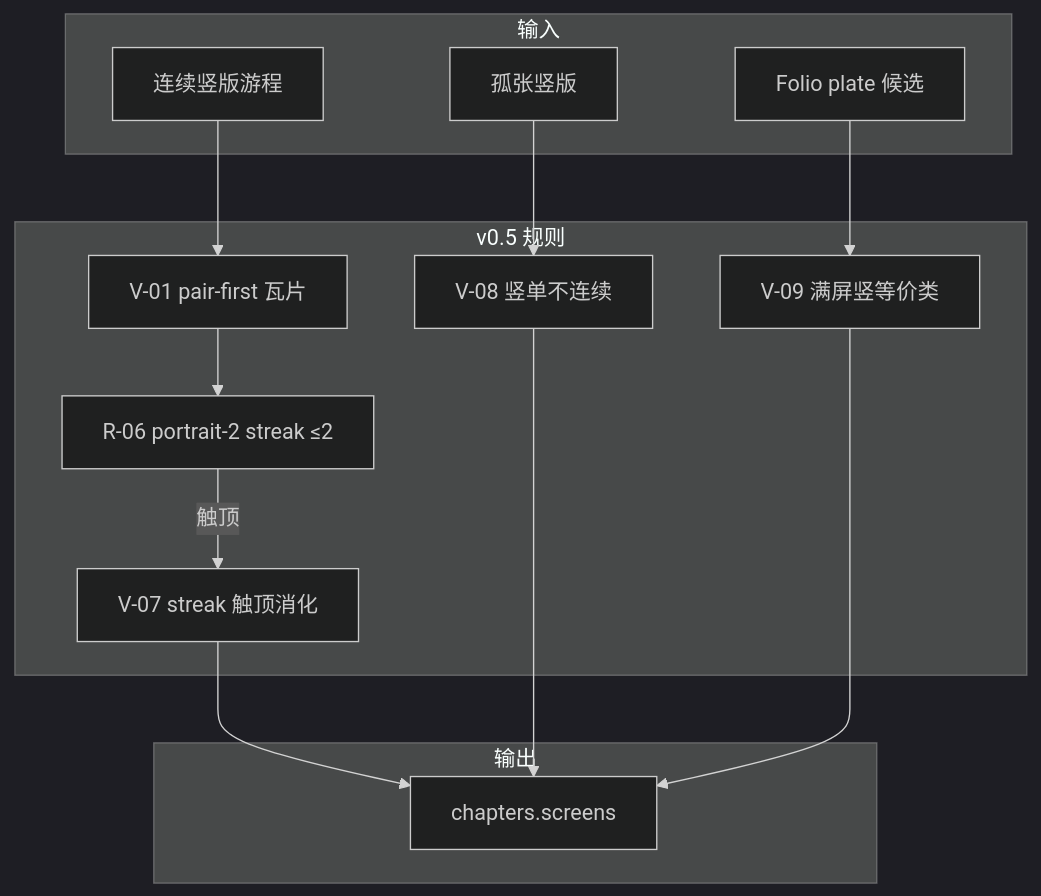
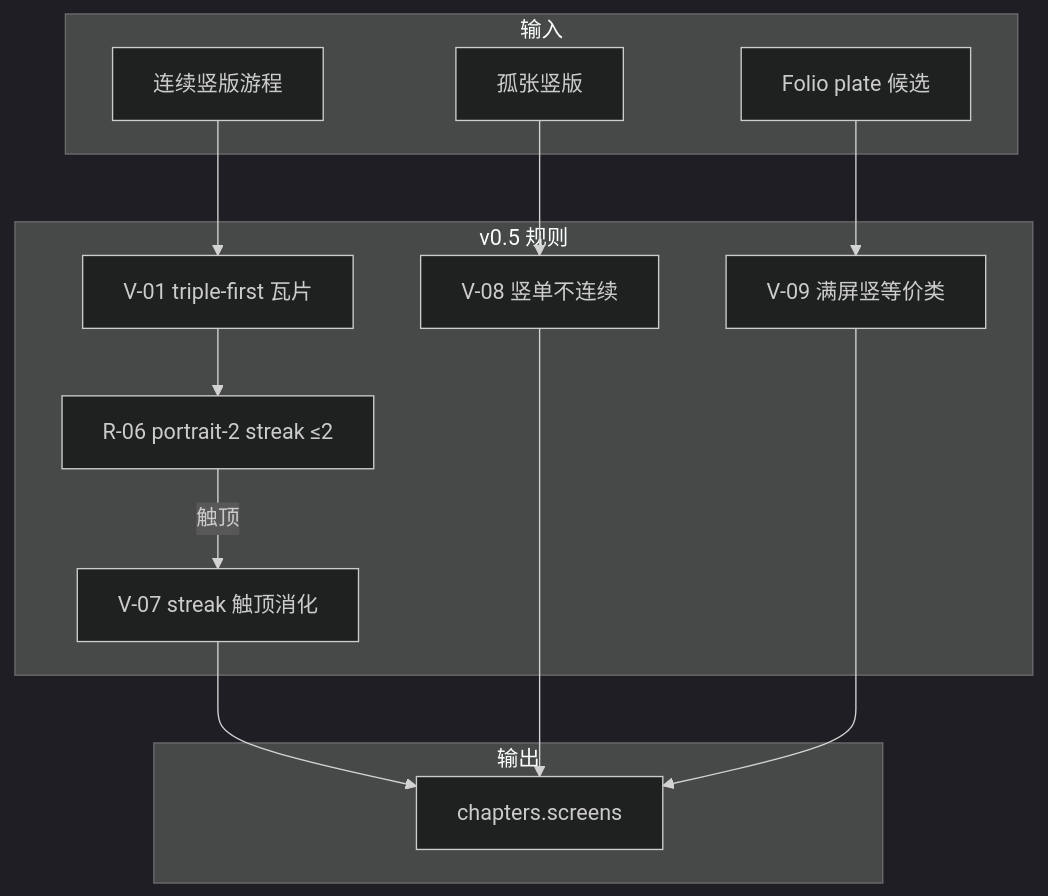
The diagram in docs/PRD-排版规则优化.md (warclover/travelogue), drawn with Mermaid (dark theme) before and after one commit. The commit also changed other lines of this file and 14 other files, not shown here.

````diff
--- a/docs/PRD-排版规则优化.md
+++ b/docs/PRD-排版规则优化.md
@@ -100,25 +100,25 @@
 ```mermaid
 flowchart TB
   subgraph ingest [输入]
     RUN[连续竖版游程]
     LONE[孤张竖版]
     PLATE[Folio plate 候选]
   end
   subgraph rules [v0.5 规则]
-    V01[V-01 pair-first 瓦片]
+    V01[V-01 triple-first 瓦片]
     R06[R-06 portrait-2 streak ≤2]
     V07[V-07 streak 触顶消化]
     V08[V-08 竖单不连续]
     V09[V-09 满屏竖等价类]
   end
   subgraph out [输出]
     SCR[ chapters.screens ]
   end
   RUN --> V01 --> R06
   R06 -->|触顶| V07
   LONE --> V08
   PLATE --> V09
   V07 --> SCR
   V08 --> SCR
   V09 --> SCR
 ```
````
